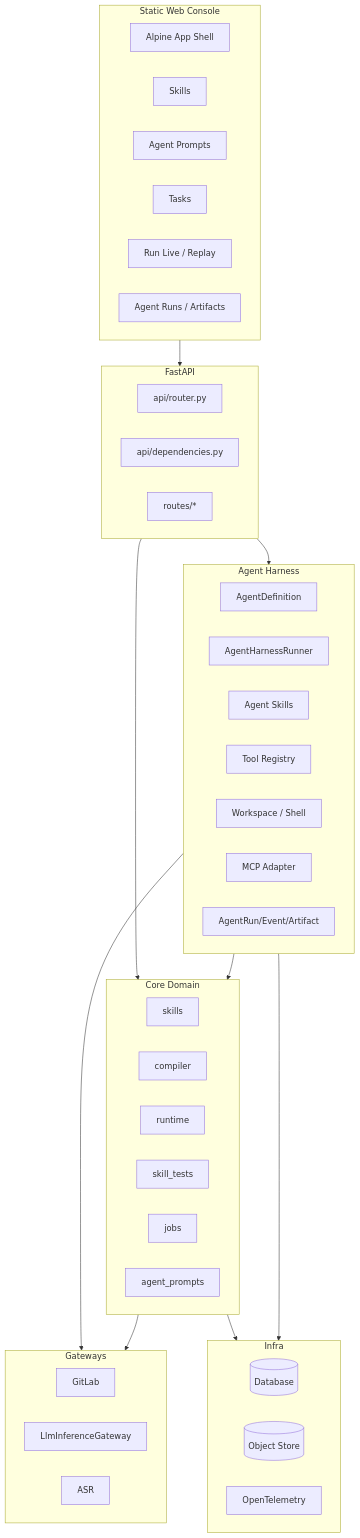
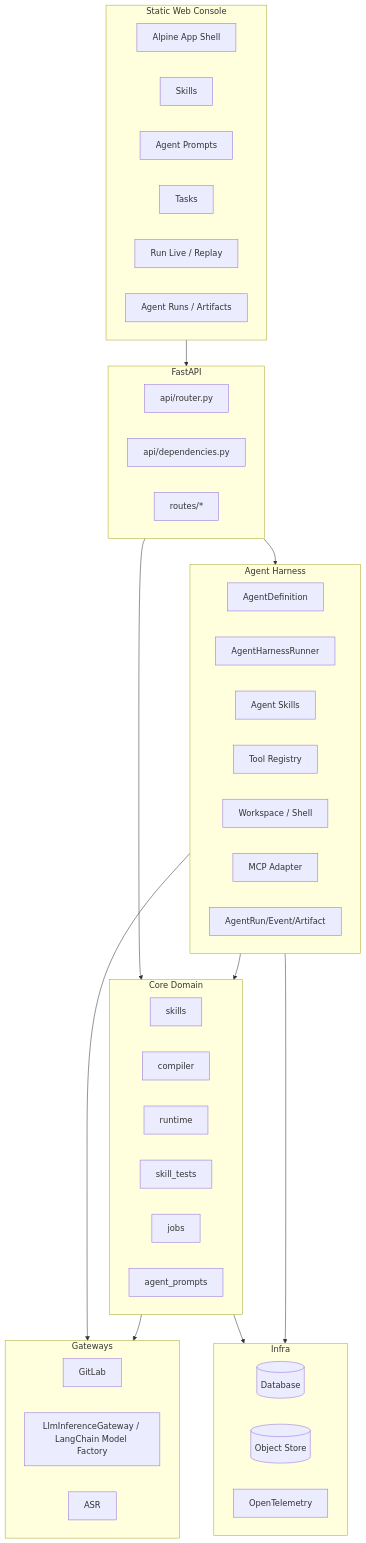
One commit to servforce/psop changed the diagram in docs/architecture/system-architecture.md. Above: the diagram before and after it, drawn with Mermaid. The commit also changed other lines of this file and 60 other files, not shown here.

````diff
--- a/docs/architecture/system-architecture.md
+++ b/docs/architecture/system-architecture.md
@@ -240,57 +240,57 @@
 ```mermaid
 flowchart TB
     subgraph UI[Static Web Console]
         Web[Alpine App Shell]
         SkillsUI[Skills]
         PromptsUI[Agent Prompts]
         TasksUI[Tasks]
         RunUI[Run Live / Replay]
         AgentUI[Agent Runs / Artifacts]
     end
 
     subgraph API[FastAPI]
         Router[api/router.py]
         Deps[api/dependencies.py]
         Routes[routes/*]
     end
 
     subgraph Harness[Agent Harness]
         Def[AgentDefinition]
         AgentRunner[AgentHarnessRunner]
         AgentSkills[Agent Skills]
         ToolRegistry[Tool Registry]
         Workspace[Workspace / Shell]
         Mcp[MCP Adapter]
         AgentFacts[AgentRun/Event/Artifact]
     end
 
     subgraph Domain[Core Domain]
         Skills[skills]
         Compiler[compiler]
         Runtime[runtime]
         Tests[skill_tests]
         Jobs[jobs]
         Prompts[agent_prompts]
     end
 
     subgraph Gateway[Gateways]
         GitLab[GitLab]
-        LLM[LlmInferenceGateway]
+        LLM[LlmInferenceGateway / LangChain Model Factory]
         ASR[ASR]
     end
 
     subgraph Infra[Infra]
         DB[(Database)]
         S3[(Object Store)]
         OTel[OpenTelemetry]
     end
 
     UI --> API
     API --> Domain
     API --> Harness
     Harness --> Domain
     Harness --> Gateway
     Domain --> Gateway
     Domain --> Infra
     Harness --> Infra
 ```
````
